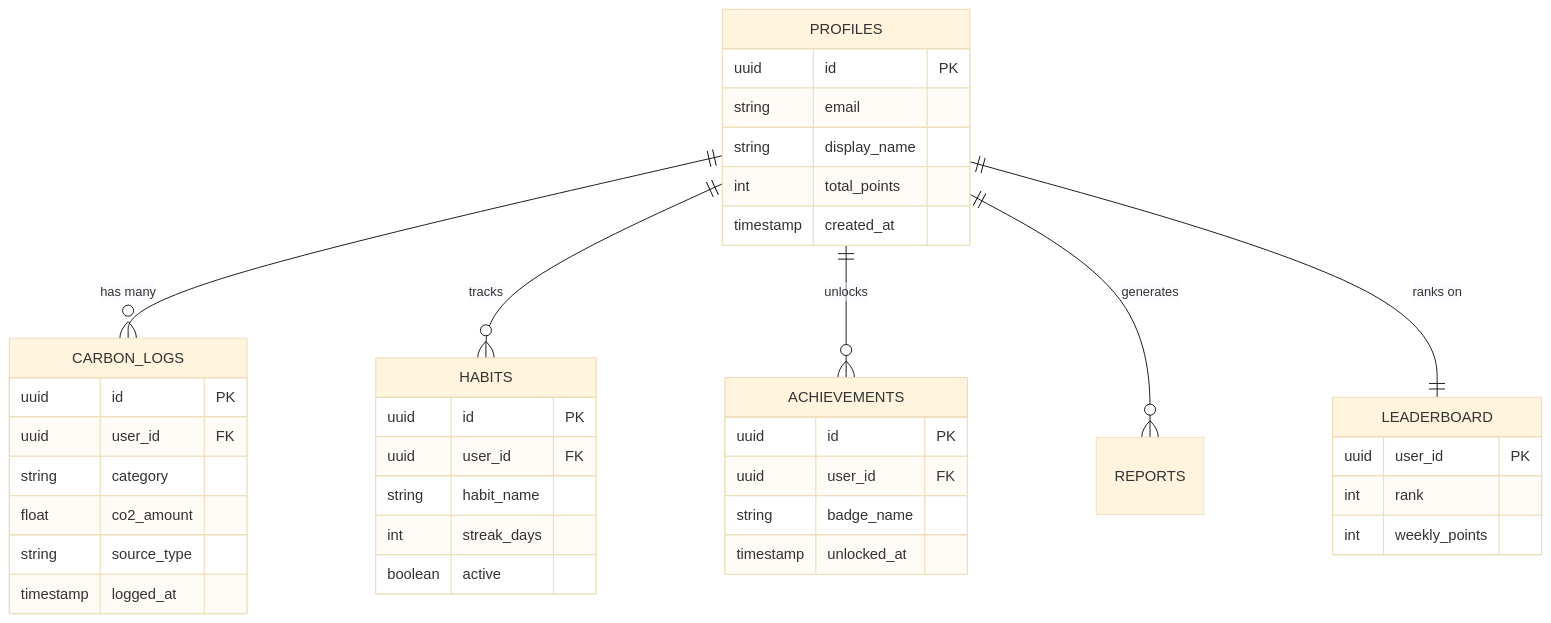
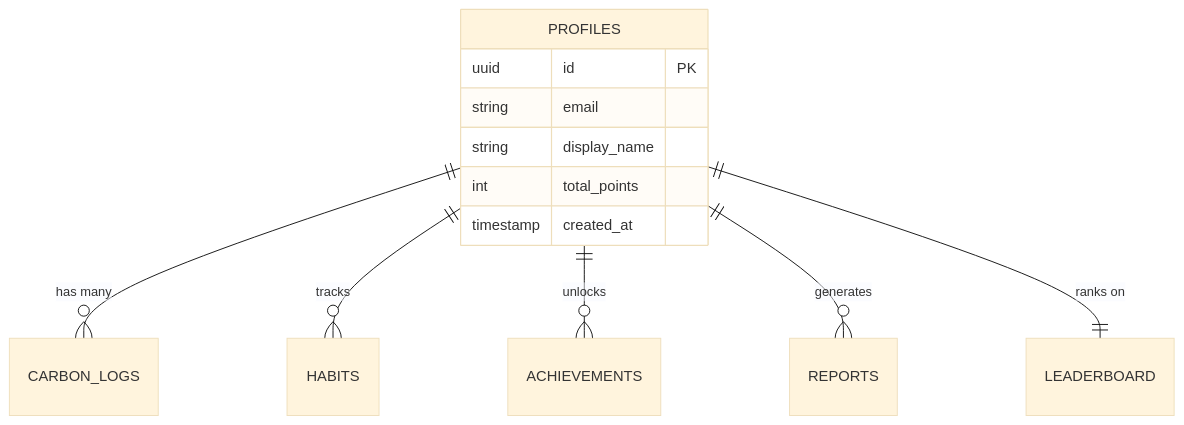
Before and after one commit to Yashraj2050/Trace: the second of 3 diagrams in carbonwise/README.md, drawn with Mermaid (base theme). The commit also changed other lines of this file and 2 other files, not shown here.

````diff
--- a/carbonwise/README.md
+++ b/carbonwise/README.md
@@ -89,46 +80,16 @@
 ```mermaid
 erDiagram
     PROFILES ||--o{ CARBON_LOGS : "has many"
     PROFILES ||--o{ HABITS : "tracks"
     PROFILES ||--o{ ACHIEVEMENTS : "unlocks"
     PROFILES ||--o{ REPORTS : "generates"
     PROFILES ||--|| LEADERBOARD : "ranks on"
     
     PROFILES {
         uuid id PK
         string email
         string display_name
         int total_points
         timestamp created_at
     }
-    
-    CARBON_LOGS {
-        uuid id PK
-        uuid user_id FK
-        string category
-        float co2_amount
-        string source_type
-        timestamp logged_at
-    }
-    
-    HABITS {
-        uuid id PK
-        uuid user_id FK
-        string habit_name
-        int streak_days
-        boolean active
-    }
-    
-    ACHIEVEMENTS {
-        uuid id PK
-        uuid user_id FK
-        string badge_name
-        timestamp unlocked_at
-    }
-    
-    LEADERBOARD {
-        uuid user_id PK
-        int rank
-        int weekly_points
-    }
 ```
````
